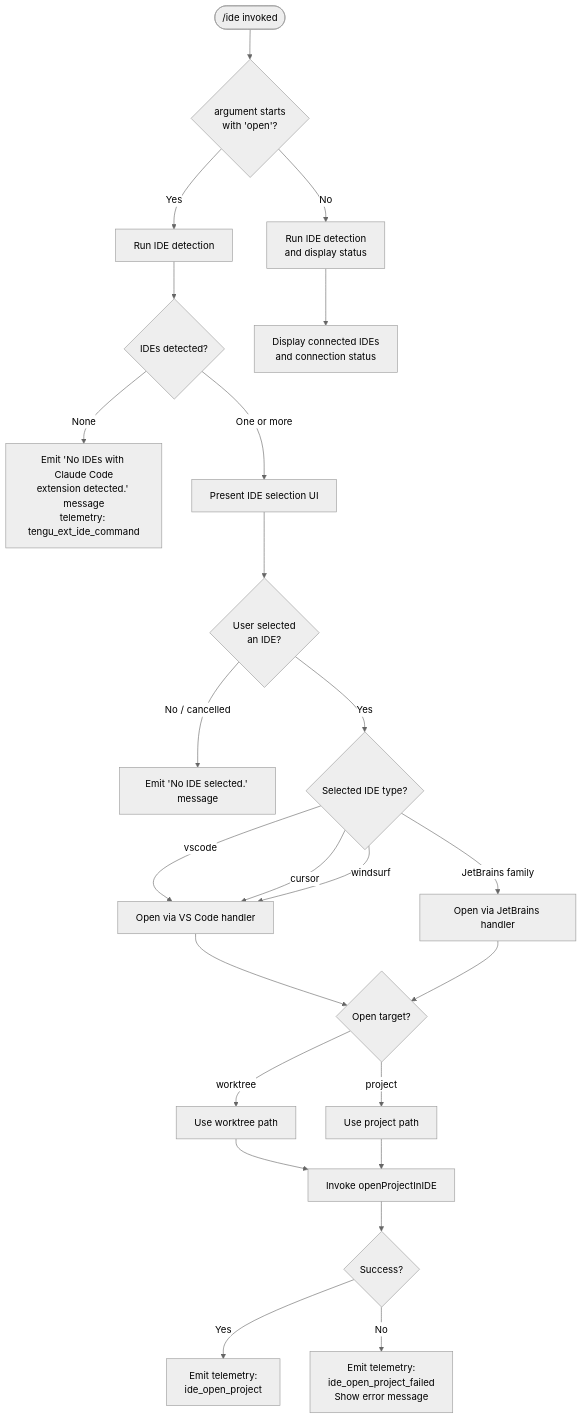
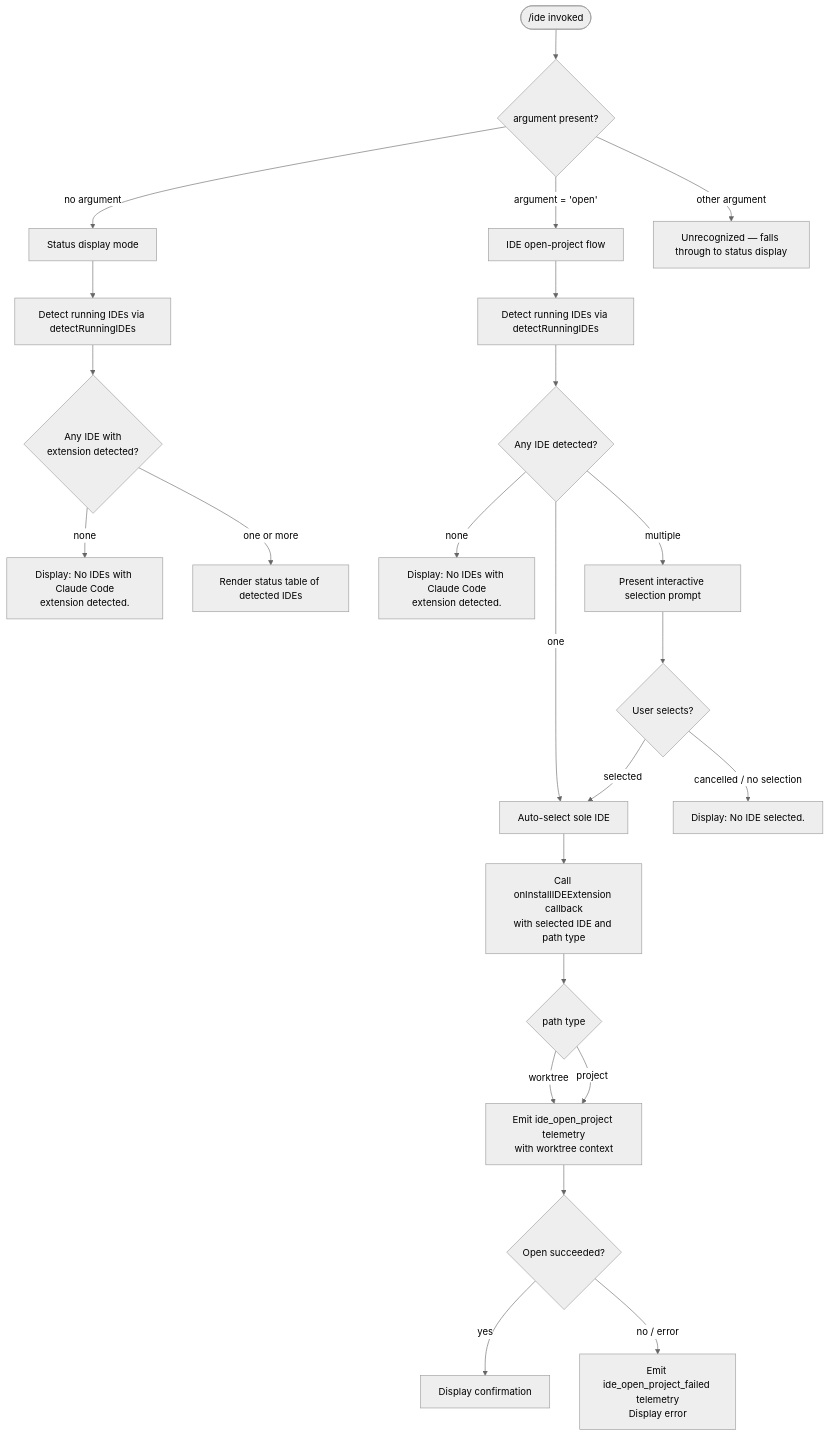
The diagram in versions/v2.1.132/ide.md (MyLittleLuckyDog/cc-gnothi), drawn with Mermaid (neutral theme) before and after one commit. The commit also changed other lines of this file and 96 other files, not shown here.

````diff
--- a/versions/v2.1.132/ide.md
+++ b/versions/v2.1.132/ide.md
@@ -46,26 +54,28 @@
 ```mermaid
 flowchart TD
-    A(["/ide invoked"]) --> B{argument starts\nwith 'open'?}
-    B -- No --> C[Run IDE detection\nand display status]
-    B -- Yes --> D[Run IDE detection]
-    D --> E{IDEs detected?}
-    E -- None --> F[Emit 'No IDEs with Claude Code\nextension detected.' message\ntelemetry: tengu_ext_ide_command]
-    E -- One or more --> G[Present IDE selection UI]
-    G --> H{User selected\nan IDE?}
-    H -- No / cancelled --> I[Emit 'No IDE selected.' message]
-    H -- Yes --> J{Selected IDE type?}
-    J -- vscode --> K[Open via VS Code handler]
-    J -- cursor --> K
-    J -- windsurf --> K
-    J -- JetBrains family --> L[Open via JetBrains handler]
-    K --> M{Open target?}
-    L --> M
-    M -- worktree --> N[Use worktree path]
-    M -- project --> O[Use project path]
-    N --> P[Invoke openProjectInIDE]
-    O --> P
-    P --> Q{Success?}
-    Q -- Yes --> R[Emit telemetry:\nide_open_project]
-    Q -- No --> S[Emit telemetry:\nide_open_project_failed\nShow error message]
-    C --> T[Display connected IDEs\nand connection status]
+    A(["/ide invoked"]) --> B{argument present?}
+    B -- "no argument" --> C[Status display mode]
+    B -- "argument = 'open'" --> D[IDE open-project flow]
+    B -- "other argument" --> E[Unrecognized — falls through to status display]
+
+    C --> C1[Detect running IDEs via detectRunningIDEs]
+    C1 --> C2{Any IDE with\nextension detected?}
+    C2 -- "none" --> C3["Display: No IDEs with Claude Code\nextension detected."]
+    C2 -- "one or more" --> C4[Render status table of detected IDEs]
+
+    D --> D1[Detect running IDEs via detectRunningIDEs]
+    D1 --> D2{Any IDE detected?}
+    D2 -- "none" --> D3["Display: No IDEs with Claude Code\nextension detected."]
+    D2 -- "one" --> D5[Auto-select sole IDE]
+    D2 -- "multiple" --> D4[Present interactive selection prompt]
+    D4 --> D6{User selects?}
+    D6 -- "cancelled / no selection" --> D7["Display: No IDE selected."]
+    D6 -- "selected" --> D5
+    D5 --> D8[Call onInstallIDEExtension callback\nwith selected IDE and path type]
+    D8 --> D9{path type}
+    D9 -- "worktree" --> D10[Emit ide_open_project telemetry\nwith worktree context]
+    D9 -- "project" --> D10
+    D10 --> D11{Open succeeded?}
+    D11 -- "yes" --> D12[Display confirmation]
+    D11 -- "no / error" --> D13[Emit ide_open_project_failed telemetry\nDisplay error]
 ```
````
